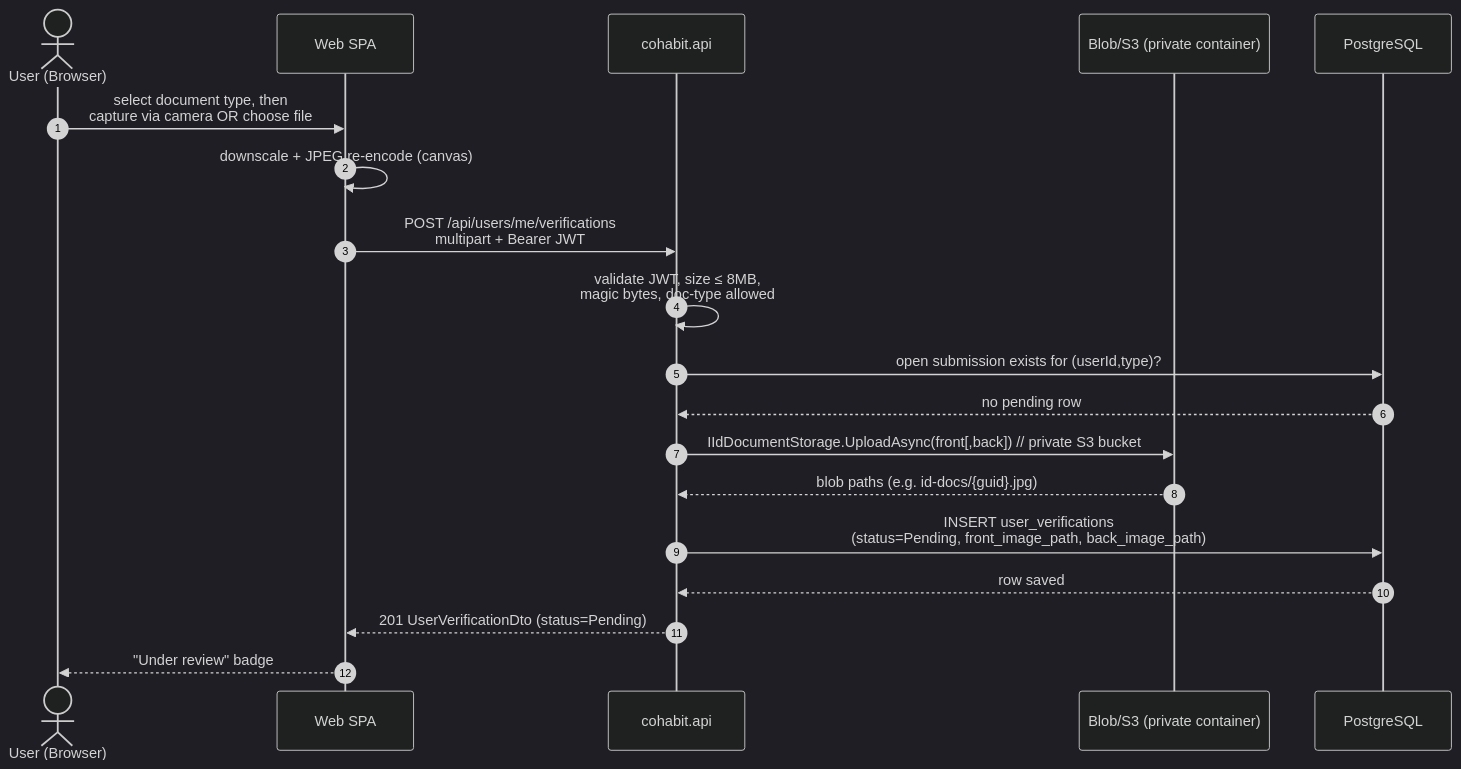
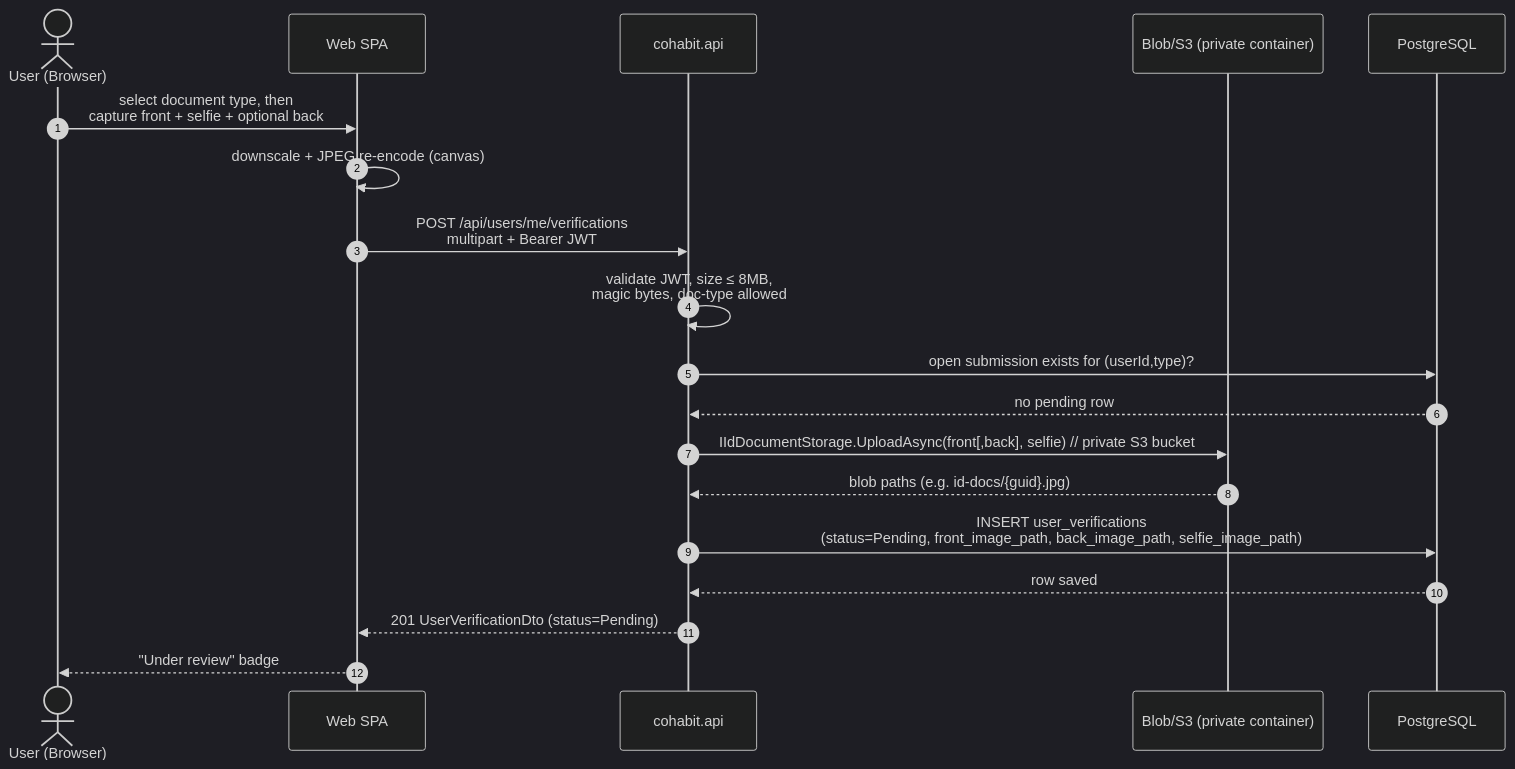
The second of 4 diagrams in docs/api/id-picture-verification-design.md (Pleasuren15/Cohabit), drawn with Mermaid (dark theme) before and after one commit. The commit also changed other lines of this file and 17 other files, not shown here.

````diff
--- a/docs/api/id-picture-verification-design.md
+++ b/docs/api/id-picture-verification-design.md
@@ -255,22 +259,22 @@
 ```mermaid
 sequenceDiagram
     autonumber
     actor U as User (Browser)
     participant W as Web SPA
     participant A as cohabit.api
     participant B as Blob/S3 (private container)
     participant D as PostgreSQL
 
-    U->>W: select document type, then<br/>capture via camera OR choose file
+    U->>W: select document type, then<br/>capture front + selfie + optional back
     W->>W: downscale + JPEG re-encode (canvas)
     W->>A: POST /api/users/me/verifications<br/>multipart + Bearer JWT
     A->>A: validate JWT, size ≤ 8MB,<br/>magic bytes, doc-type allowed
     A->>D: open submission exists for (userId,type)?
     D-->>A: no pending row
-    A->>B: IIdDocumentStorage.UploadAsync(front[,back])   // private S3 bucket
+    A->>B: IIdDocumentStorage.UploadAsync(front[,back], selfie)   // private S3 bucket
     B-->>A: blob paths (e.g. id-docs/{guid}.jpg)
-    A->>D: INSERT user_verifications<br/>(status=Pending, front_image_path, back_image_path)
+    A->>D: INSERT user_verifications<br/>(status=Pending, front_image_path, back_image_path, selfie_image_path)
     D-->>A: row saved
     A-->>W: 201 UserVerificationDto (status=Pending)
     W-->>U: "Under review" badge
 ```
````
